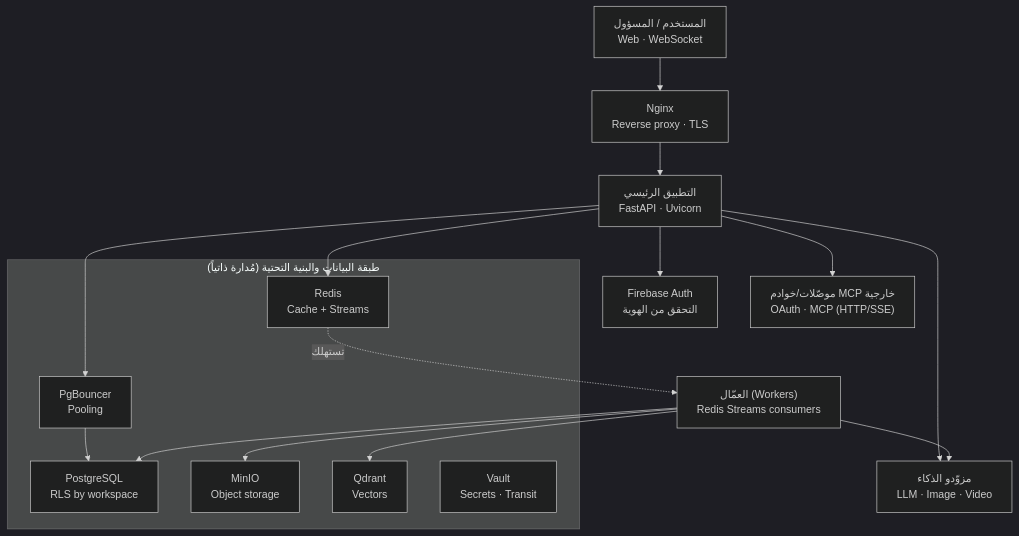
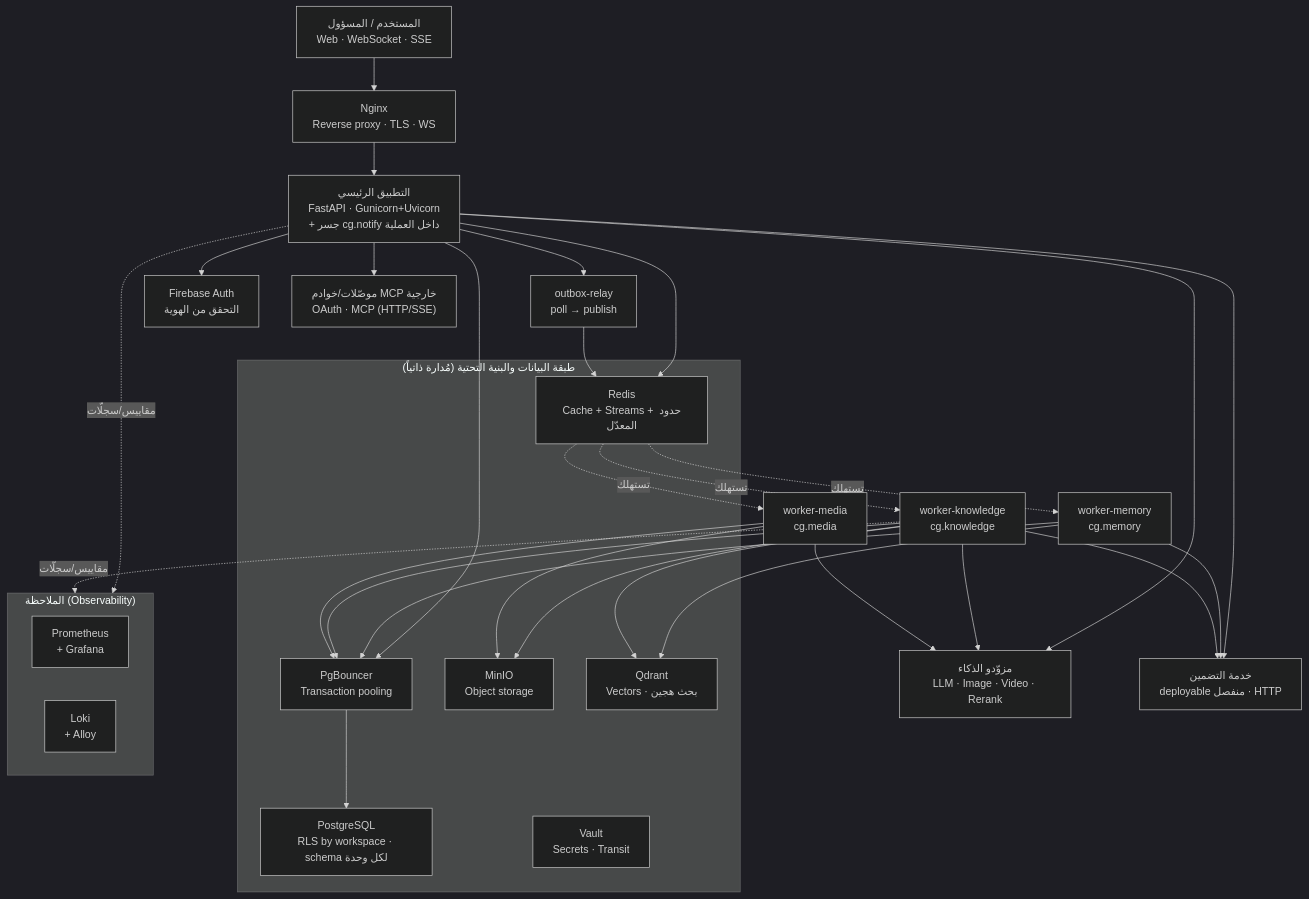
Before and after one commit to anastawahia/aizzak: the second of 8 diagrams in docs/architecture.md, drawn with Mermaid (dark theme). The commit also changed other lines of this file, not shown here.

````diff
--- a/docs/architecture.md
+++ b/docs/architecture.md
@@ -116,34 +148,57 @@
 ```mermaid
 graph TD
-    Client["المستخدم / المسؤول<br/>Web · WebSocket"]
-    Nginx["Nginx<br/>Reverse proxy · TLS"]
-    App["التطبيق الرئيسي<br/>FastAPI · Uvicorn"]
-    Workers["العمّال (Workers)<br/>Redis Streams consumers"]
+    Client["المستخدم / المسؤول<br/>Web · WebSocket · SSE"]
+    Nginx["Nginx<br/>Reverse proxy · TLS · WS"]
+    App["التطبيق الرئيسي<br/>FastAPI · Gunicorn+Uvicorn<br/>+ جسر cg.notify داخل العملية"]
+    WM["worker-memory<br/>cg.memory"]
+    WK["worker-knowledge<br/>cg.knowledge"]
+    WD["worker-media<br/>cg.media"]
+    Relay["outbox-relay<br/>poll → publish"]
 
     Firebase["Firebase Auth<br/>التحقق من الهوية"]
-    AI["مزوّدو الذكاء<br/>LLM · Image · Video"]
+    AI["مزوّدو الذكاء<br/>LLM · Image · Video · Rerank"]
+    Embed["خدمة التضمين<br/>deployable منفصل · HTTP"]
     Connectors["موصّلات/خوادم MCP خارجية<br/>OAuth · MCP (HTTP/SSE)"]
 
     subgraph data ["طبقة البيانات والبنية التحتية (مُدارة ذاتياً)"]
-        PgBouncer["PgBouncer<br/>Pooling"]
-        Postgres["PostgreSQL<br/>RLS by workspace"]
-        Redis["Redis<br/>Cache + Streams"]
+        PgBouncer["PgBouncer<br/>Transaction pooling"]
+        Postgres["PostgreSQL<br/>RLS by workspace · schema لكل وحدة"]
+        Redis["Redis<br/>Cache + Streams + حدود المعدّل"]
         MinIO["MinIO<br/>Object storage"]
-        Qdrant["Qdrant<br/>Vectors"]
+        Qdrant["Qdrant<br/>Vectors · بحث هجين"]
         Vault["Vault<br/>Secrets · Transit"]
         PgBouncer --> Postgres
+    end
+
+    subgraph obs ["الملاحظة (Observability)"]
+        Prom["Prometheus<br/>+ Grafana"]
+        Loki["Loki<br/>+ Alloy"]
     end
 
     Client --> Nginx
     Nginx --> App
     App --> Firebase
     App --> AI
+    App --> Embed
     App --> Connectors
     App --> Redis
     App --> PgBouncer
-    Redis -. تستهلك .-> Workers
-    Workers --> AI
-    Workers --> Postgres
-    Workers --> Qdrant
-    Workers --> MinIO
+    App --> Relay
+    Redis -. تستهلك .-> WM
+    Redis -. تستهلك .-> WK
+    Redis -. تستهلك .-> WD
+    Relay --> Redis
+    WM --> Embed
+    WK --> Embed
+    WK --> AI
+    WD --> AI
+    WM --> PgBouncer
+    WK --> PgBouncer
+    WD --> PgBouncer
+    WM --> Qdrant
+    WK --> Qdrant
+    WK --> MinIO
+    WD --> MinIO
+    App -. مقاييس/سجلّات .-> obs
+    WK -. مقاييس/سجلّات .-> obs
 ```
````
